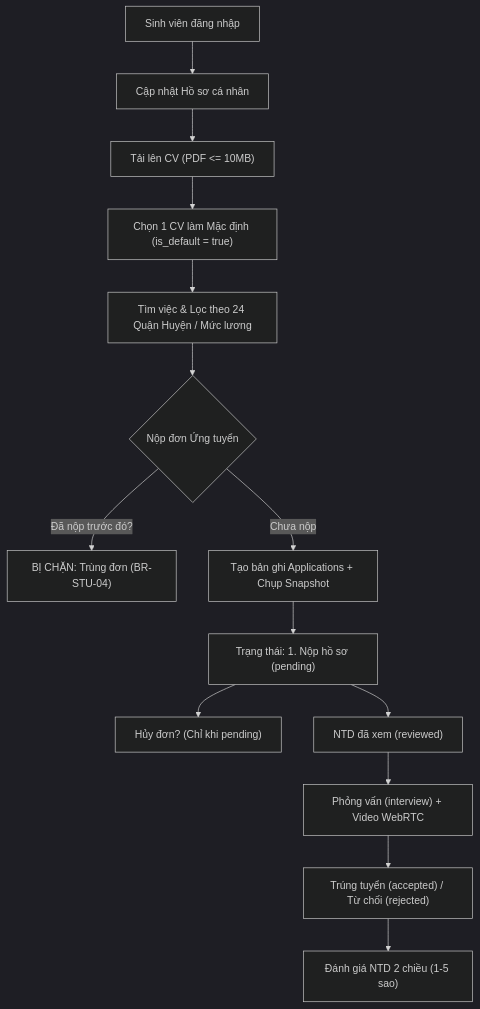
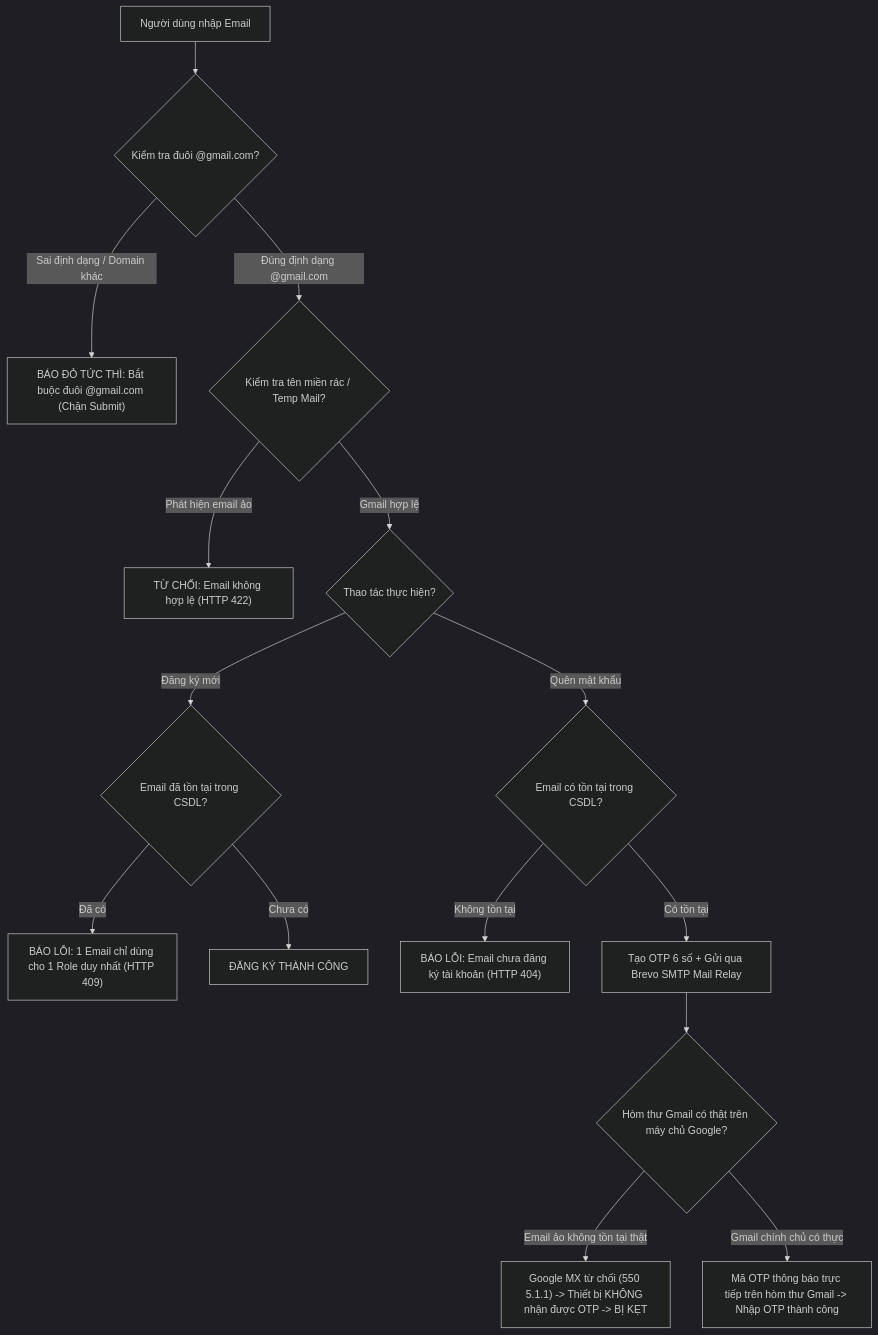
The first of 3 diagrams in tailieu/bailam/dieukienrangbuoc.md (Johnny120905/CDTN02), drawn with Mermaid (dark theme) before and after one commit. The commit also changed other lines of this file and 7 other files, not shown here.

````diff
--- a/tailieu/bailam/dieukienrangbuoc.md
+++ b/tailieu/bailam/dieukienrangbuoc.md
@@ -52,16 +133,17 @@
 ```mermaid
 flowchart TD
-    A["Sinh viên đăng nhập"] --> B["Cập nhật Hồ sơ cá nhân"]
-    B --> C["Tải lên CV (PDF <= 10MB)"]
-    C --> D["Chọn 1 CV làm Mặc định (is_default = true)"]
-    D --> E["Tìm việc & Lọc theo 24 Quận Huyện / Mức lương"]
-    E --> F{"Nộp đơn Ứng tuyển"}
-    F -->|Đã nộp trước đó?| G["BỊ CHẶN: Trùng đơn (BR-STU-04)"]
-    F -->|Chưa nộp| H["Tạo bản ghi Applications + Chụp Snapshot"]
-    H --> I["Trạng thái: 1. Nộp hồ sơ (pending)"]
-    I --> J["Hủy đơn? (Chỉ khi pending)"]
-    I --> K["NTD đã xem (reviewed)"]
-    K --> L["Phỏng vấn (interview) + Video WebRTC"]
-    L --> M["Trúng tuyển (accepted) / Từ chối (rejected)"]
-    M --> N["Đánh giá NTD 2 chiều (1-5 sao)"]
+    A["Người dùng nhập Email"] --> B{"Kiểm tra đuôi @gmail.com?"}
+    B -->|Sai định dạng / Domain khác| C["BÁO ĐỎ TỨC THÌ: Bắt buộc đuôi @gmail.com (Chặn Submit)"]
+    B -->|Đúng định dạng @gmail.com| D{"Kiểm tra tên miền rác / Temp Mail?"}
+    D -->|Phát hiện email ảo| E["TỪ CHỐI: Email không hợp lệ (HTTP 422)"]
+    D -->|Gmail hợp lệ| F{"Thao tác thực hiện?"}
+    F -->|Đăng ký mới| G{"Email đã tồn tại trong CSDL?"}
+    G -->|Đã có| H["BÁO LỖI: 1 Email chỉ dùng cho 1 Role duy nhất (HTTP 409)"]
+    G -->|Chưa có| I["ĐĂNG KÝ THÀNH CÔNG"]
+    F -->|Quên mật khẩu| J{"Email có tồn tại trong CSDL?"}
+    J -->|Không tồn tại| K["BÁO LỖI: Email chưa đăng ký tài khoản (HTTP 404)"]
+    J -->|Có tồn tại| L["Tạo OTP 6 số + Gửi qua Brevo SMTP Mail Relay"]
+    L --> M{"Hòm thư Gmail có thật trên máy chủ Google?"}
+    M -->|Email ảo không tồn tại thật| N["Google MX từ chối (550 5.1.1) -> Thiết bị KHÔNG nhận được OTP -> BỊ KẸT"]
+    M -->|Gmail chính chủ có thực| O["Mã OTP thông báo trực tiếp trên hòm thư Gmail -> Nhập OTP thành công"]
 ```
````
